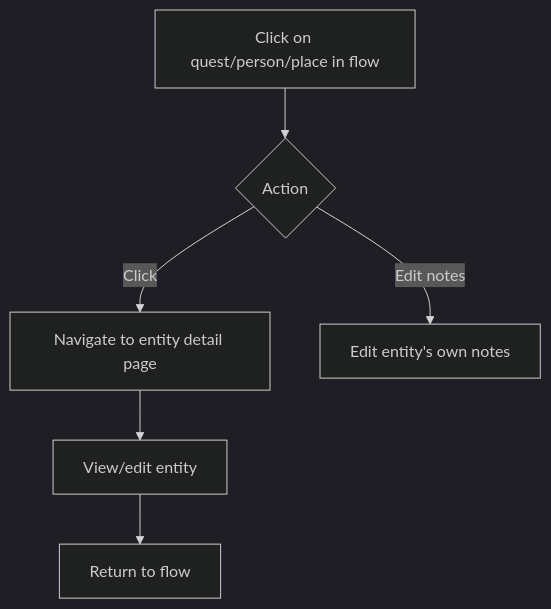
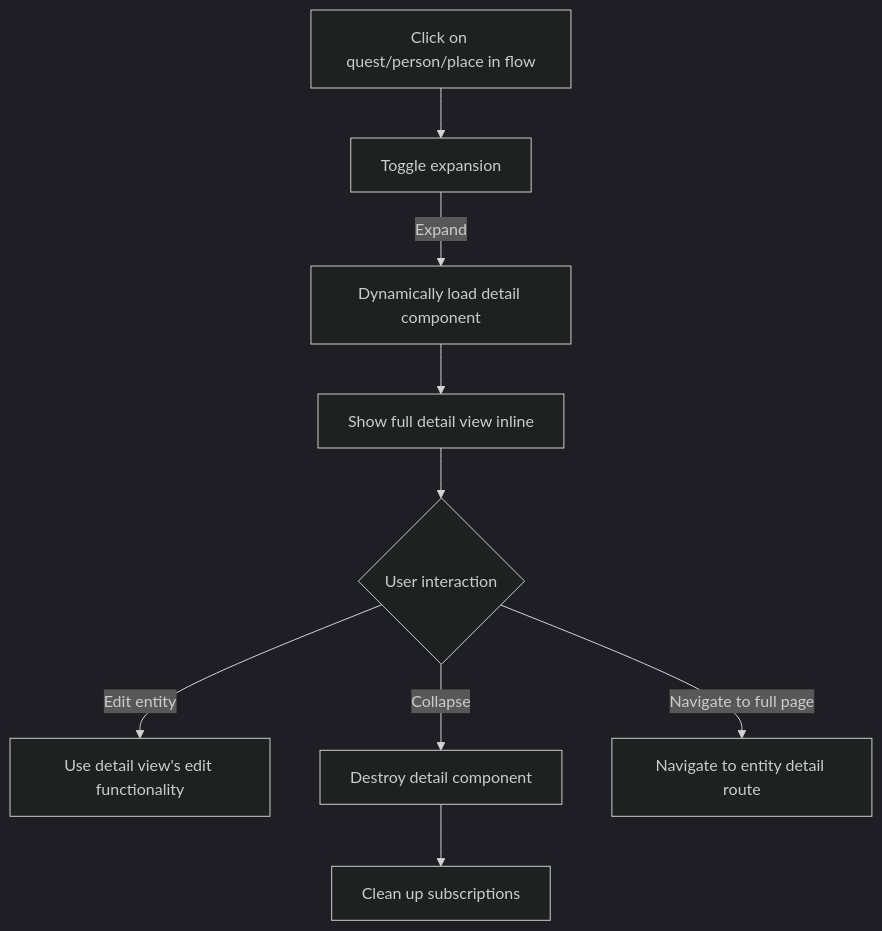
The third of 5 diagrams in docs/features/flow/journey.md (call1800messiah/The-Eighth), drawn with Mermaid (dark theme) before and after one commit. The commit also changed 12 other files, not shown here.

Commit message:
wip: Change flow to show people, places and quests inline

````diff
--- a/docs/features/flow/journey.md
+++ b/docs/features/flow/journey.md
@@ -113,8 +113,11 @@
 ```mermaid
 graph TD
-    A[Click on quest/person/place in flow] --> B{Action}
-    B -->|Click| C[Navigate to entity detail page]
-    B -->|Edit notes| D[Edit entity's own notes]
-    C --> E[View/edit entity]
-    E --> F[Return to flow]
+    A[Click on quest/person/place in flow] --> B[Toggle expansion]
+    B -->|Expand| C[Dynamically load detail component]
+    C --> D[Show full detail view inline]
+    D --> E{User interaction}
+    E -->|Edit entity| F[Use detail view's edit functionality]
+    E -->|Collapse| G[Destroy detail component]
+    G --> H[Clean up subscriptions]
+    E -->|Navigate to full page| I[Navigate to entity detail route]
 ```
````
